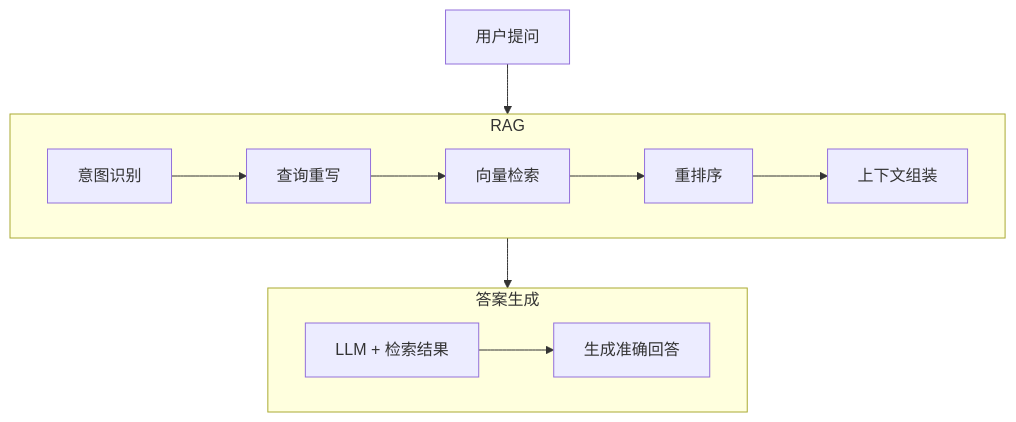
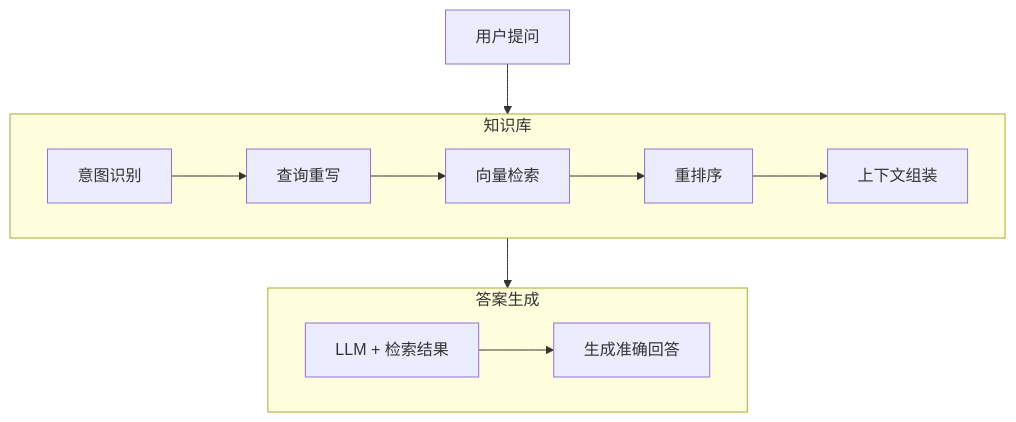
The second of 4 diagrams in note/11.ai/training/lession1/README.md (wb04307201/wb04307201), drawn with Mermaid before and after one commit. The commit also changed other lines of this file, not shown here.

````diff
--- a/note/11.ai/training/lession1/README.md
+++ b/note/11.ai/training/lession1/README.md
@@ -152,16 +145,16 @@
 ```mermaid
 graph TB
-    subgraph RAG[RAG]
+    subgraph RAG[知识库]
         B[意图识别] --> C[查询重写]
         C --> D[向量检索]
         D --> E[重排序]
         E --> F[上下文组装]
     end
     
     subgraph ANSWER[答案生成]
         G[LLM + 检索结果] --> H[生成准确回答]
     end
     
     A[用户提问] --> RAG
     RAG --> ANSWER
 ```
````
